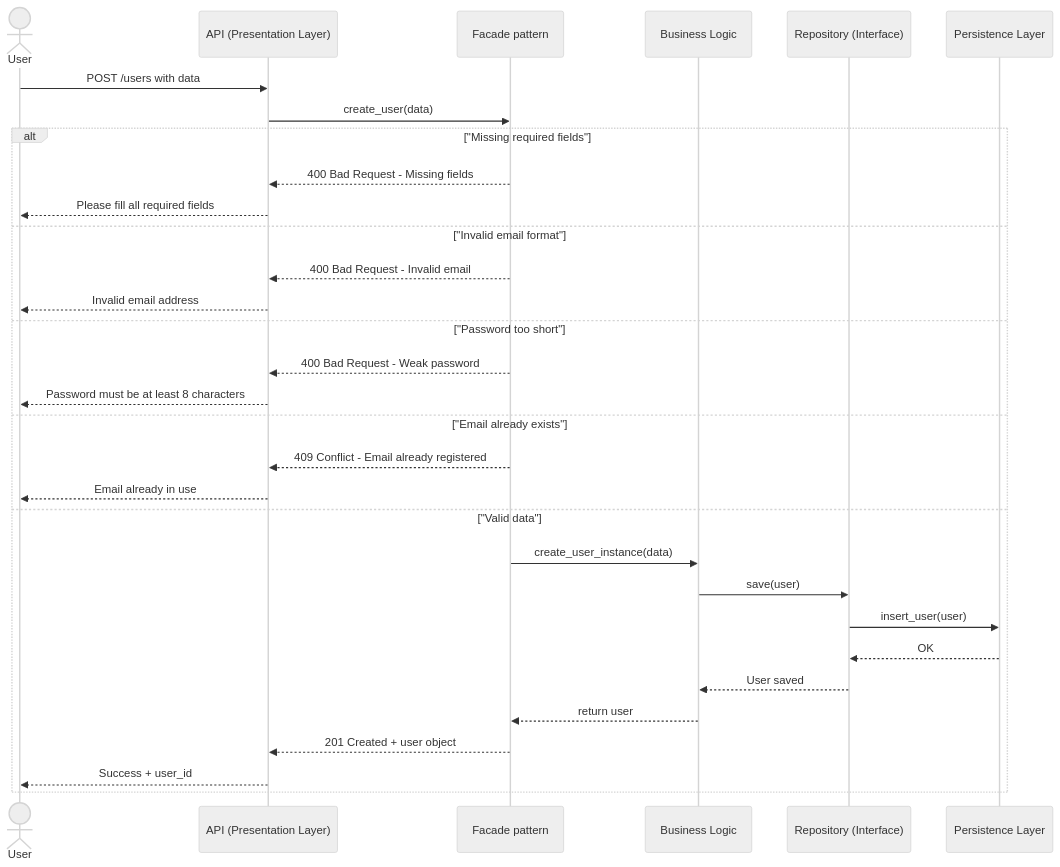
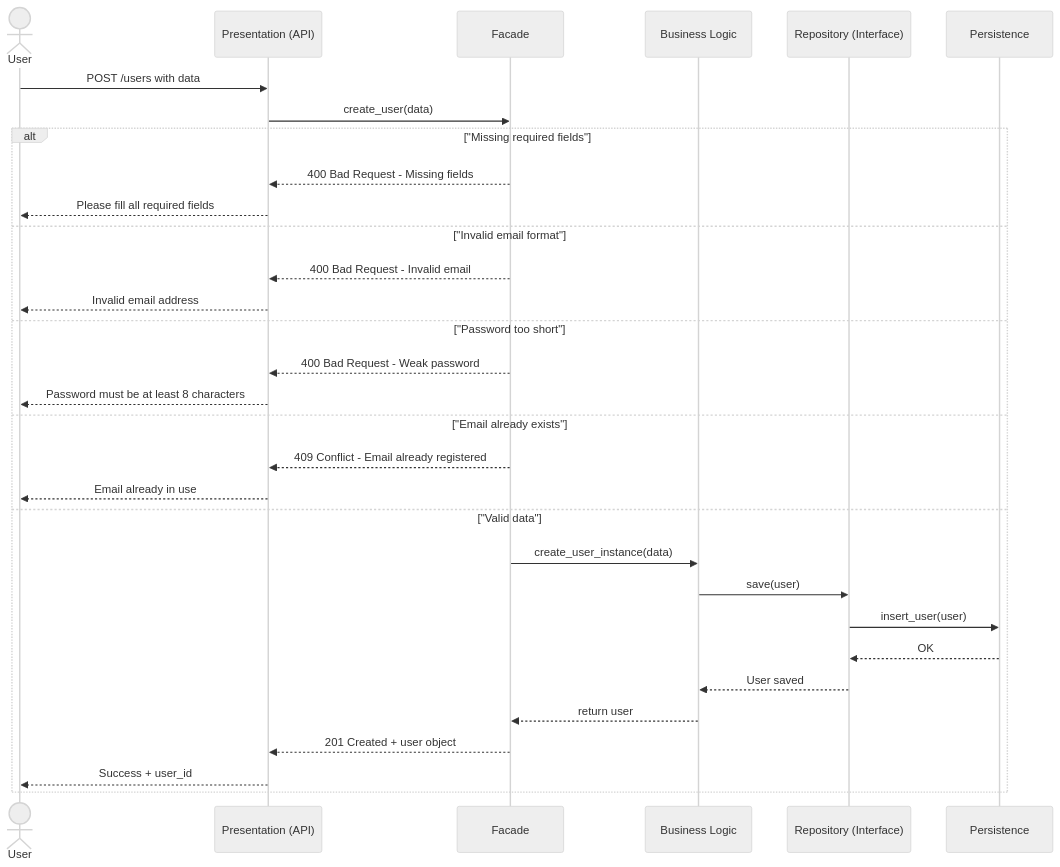
One commit to Ravou/holbertonschool-hbnb changed the first of 3 diagrams in Part1/README.md. Above: the diagram before and after it, drawn with Mermaid (neutral theme). The commit also changed other lines of this file, not shown here.

Commit message:
fix participant name again

````diff
--- a/Part1/README.md
+++ b/Part1/README.md
@@ -98,41 +98,41 @@
 ```mermaid
 sequenceDiagram
     %% Layers:
     %% Presentation: User, API
     %% Business Logic: Facade, BusinessLogic, Repository
     %% Persistence: Persistence
 
     actor User
-    participant API as API (Presentation Layer)
-    participant Facade as Facade pattern
-    participant BusinessLogic as Business Logic
+    participant API as Presentation (API)
+    participant Facade as Facade 
+    participant BusinessLogic as Business Logic 
     participant Repository as Repository (Interface)
-    participant Persistence as Persistence Layer
+    participant Persistence as Persistence
 
     User ->> API: POST /users with data
     API ->> Facade: create_user(data)
 
     alt "Missing required fields"
         Facade -->> API: 400 Bad Request - Missing fields
         API -->> User: Please fill all required fields
     else "Invalid email format"
         Facade -->> API: 400 Bad Request - Invalid email
         API -->> User: Invalid email address
     else "Password too short"
         Facade -->> API: 400 Bad Request - Weak password
         API -->> User: Password must be at least 8 characters
     else "Email already exists"
         Facade -->> API: 409 Conflict - Email already registered
         API -->> User: Email already in use
     else "Valid data"
         Facade ->> BusinessLogic: create_user_instance(data)
         BusinessLogic ->> Repository: save(user)
         Repository ->> Persistence: insert_user(user)
         Persistence -->> Repository: OK
         Repository -->> BusinessLogic: User saved
         BusinessLogic -->> Facade: return user
         Facade -->> API: 201 Created + user object
         API -->> User: Success + user_id
     end
 
 ```
````
